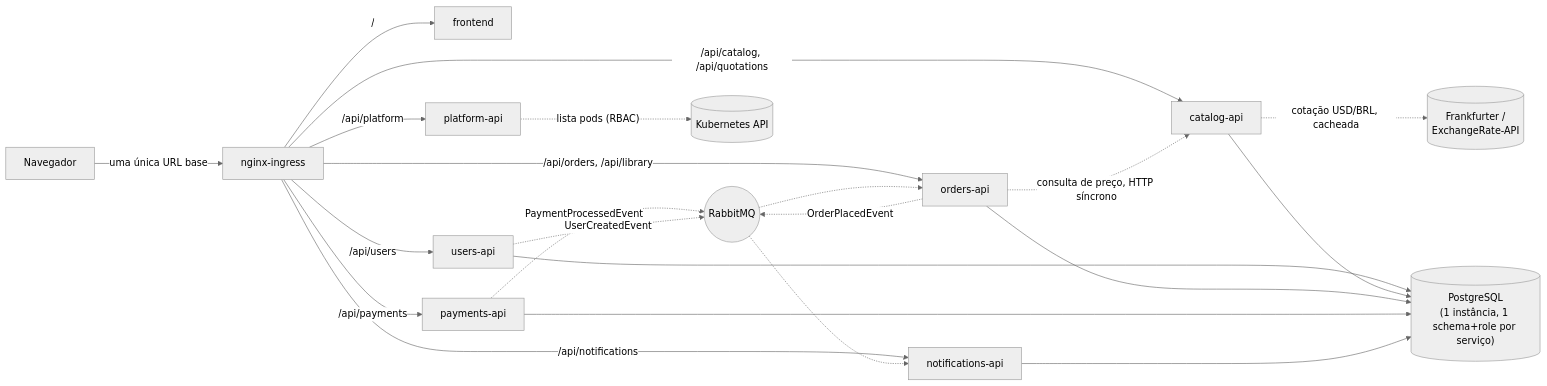
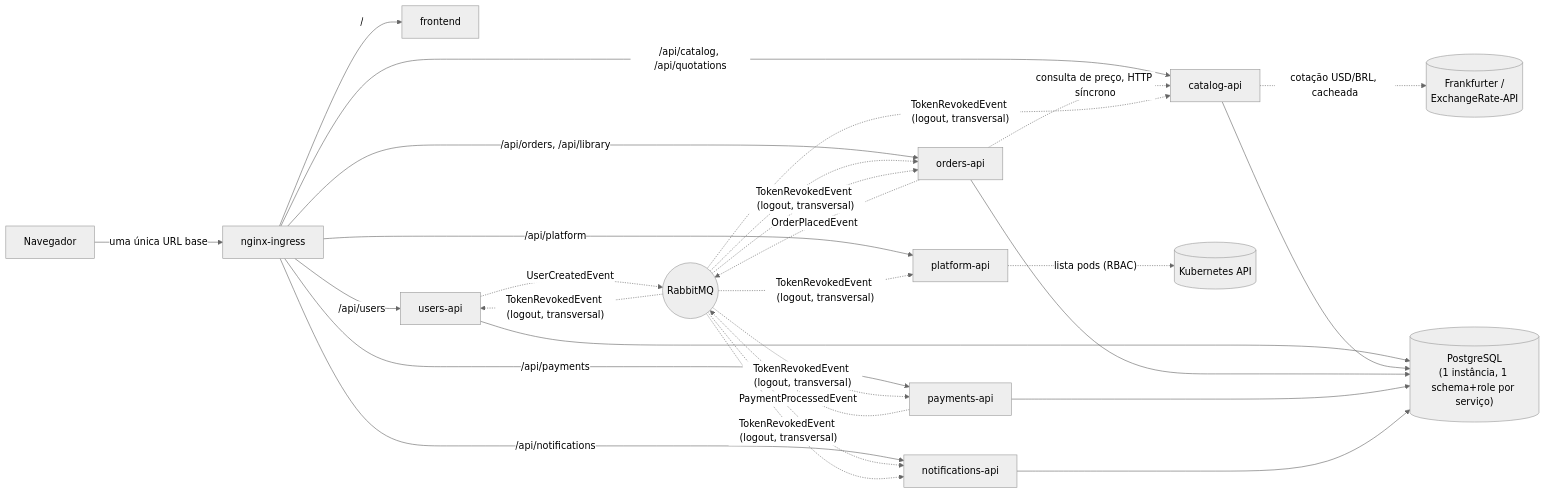
One commit to tc2-fiap/documentation changed the diagram in diagrams/service-topology.md. Above: the diagram before and after it, drawn with Mermaid (neutral theme). The commit also changed 10 other files, not shown here.

````diff
--- a/diagrams/service-topology.md
+++ b/diagrams/service-topology.md
@@ -5,26 +5,27 @@
 ```mermaid
 flowchart LR
     Browser["Navegador"] -->|"uma única URL base"| Ingress["nginx-ingress"]
     Ingress -->|"/"| Frontend["frontend"]
     Ingress -->|"/api/users"| Users["users-api"]
     Ingress -->|"/api/catalog, /api/quotations"| Catalog["catalog-api"]
     Ingress -->|"/api/orders, /api/library"| Orders["orders-api"]
     Ingress -->|"/api/payments"| Payments["payments-api"]
     Ingress -->|"/api/notifications"| Notifications["notifications-api"]
     Ingress -->|"/api/platform"| Platform["platform-api"]
 
     Orders -.->|consulta de preço, HTTP síncrono| Catalog
     Catalog -.->|"cotação USD/BRL, cacheada"| Frankfurter[("Frankfurter /\nExchangeRate-API")]
     Orders -.->|"OrderPlacedEvent"| RabbitMQ(("RabbitMQ"))
     Payments -.->|"PaymentProcessedEvent"| RabbitMQ
     RabbitMQ -.-> Orders
     RabbitMQ -.-> Notifications
     Users -.->|"UserCreatedEvent"| RabbitMQ
+    RabbitMQ -.->|"TokenRevokedEvent (logout, transversal)"| Users & Catalog & Orders & Payments & Notifications & Platform
     Platform -.->|"lista pods (RBAC)"| K8sAPI[("Kubernetes API")]
 
     Users --> Postgres[("PostgreSQL\n(1 instância, 1 schema+role por serviço)")]
     Catalog --> Postgres
     Orders --> Postgres
     Payments --> Postgres
     Notifications --> Postgres
 ```
````
